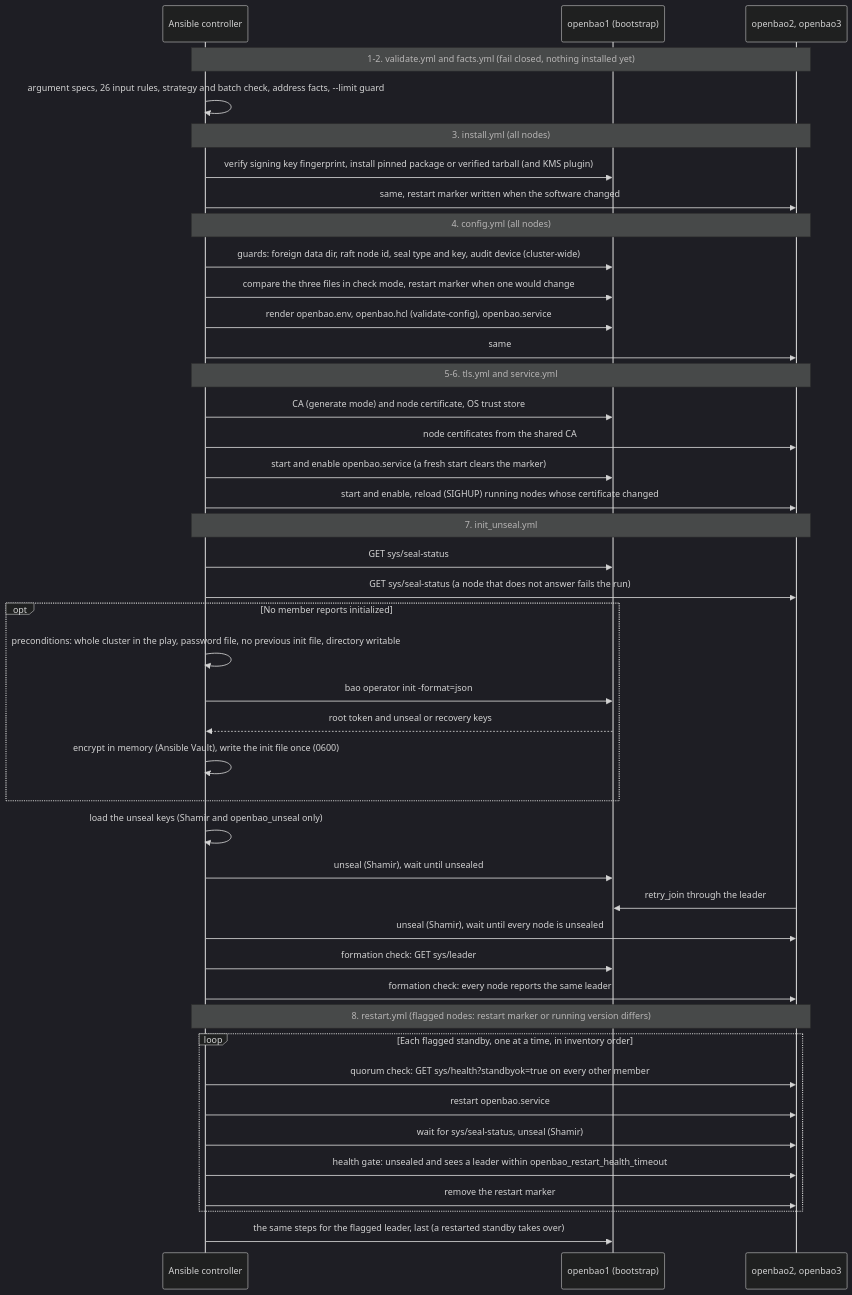
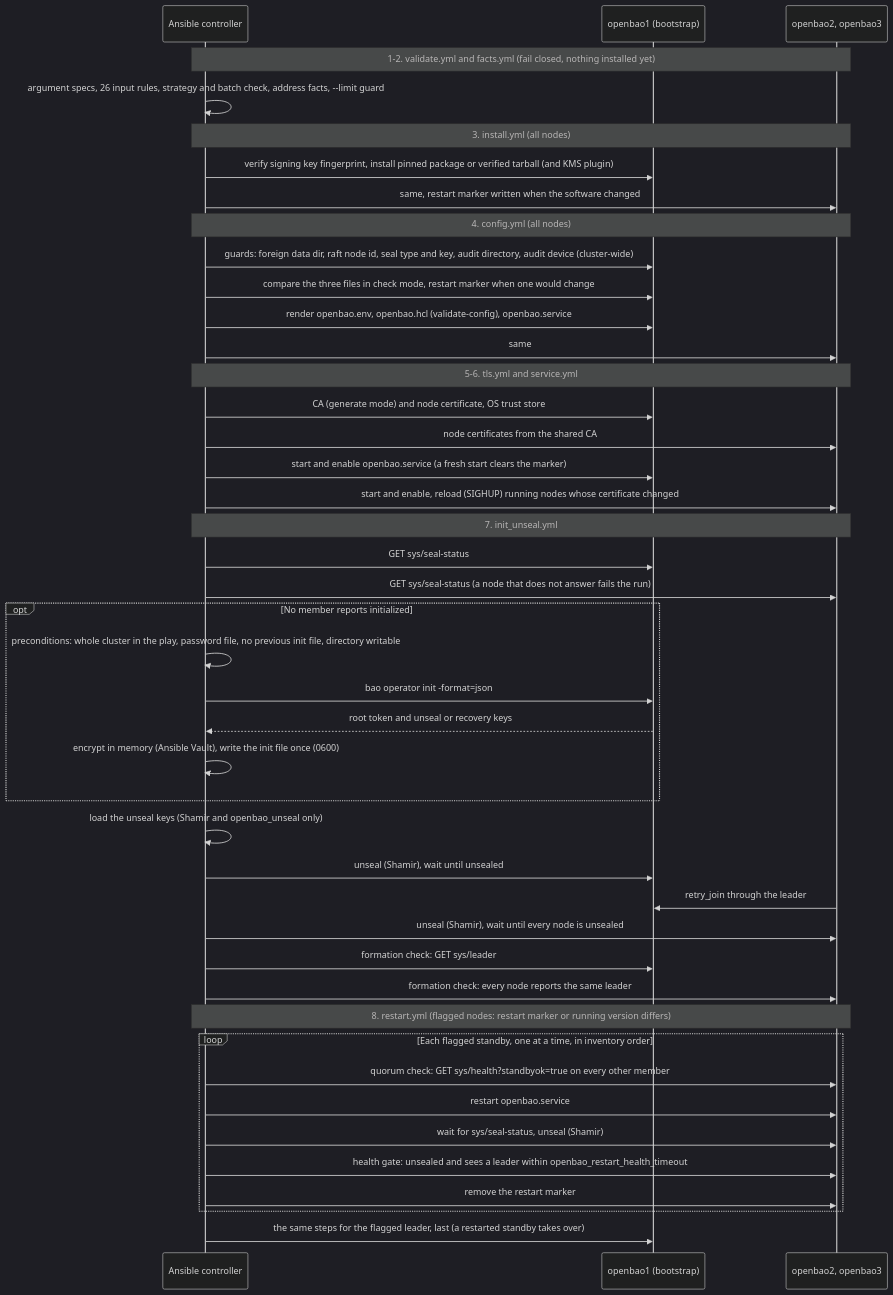
The second of 2 diagrams in docs/ARCHITECTURE.md (devopsgroupeu/ansible-role-openbao), drawn with Mermaid (dark theme) before and after one commit. The commit also changed other lines of this file and 3 other files, not shown here.

First line of the commit message:
docs: document one cluster per play and the audit directory guard

````diff
--- a/docs/ARCHITECTURE.md
+++ b/docs/ARCHITECTURE.md
@@ -96,51 +97,51 @@
 ```mermaid
 sequenceDiagram
     participant C as Ansible controller
     participant B as openbao1 (bootstrap)
     participant O as openbao2, openbao3
 
     Note over C,O: 1-2. validate.yml and facts.yml (fail closed, nothing installed yet)
     C->>C: argument specs, 26 input rules, strategy and batch check, address facts, --limit guard
 
     Note over C,O: 3. install.yml (all nodes)
     C->>B: verify signing key fingerprint, install pinned package or verified tarball (and KMS plugin)
     C->>O: same, restart marker written when the software changed
 
     Note over C,O: 4. config.yml (all nodes)
-    C->>B: guards: foreign data dir, raft node id, seal type and key, audit device (cluster-wide)
+    C->>B: guards: foreign data dir, raft node id, seal type and key, audit directory, audit device (cluster-wide)
     C->>B: compare the three files in check mode, restart marker when one would change
     C->>B: render openbao.env, openbao.hcl (validate-config), openbao.service
     C->>O: same
 
     Note over C,O: 5-6. tls.yml and service.yml
     C->>B: CA (generate mode) and node certificate, OS trust store
     C->>O: node certificates from the shared CA
     C->>B: start and enable openbao.service (a fresh start clears the marker)
     C->>O: start and enable, reload (SIGHUP) running nodes whose certificate changed
 
     Note over C,O: 7. init_unseal.yml
     C->>B: GET sys/seal-status
     C->>O: GET sys/seal-status (a node that does not answer fails the run)
     opt No member reports initialized
         C->>C: preconditions: whole cluster in the play, password file, no previous init file, directory writable
         C->>B: bao operator init -format=json
         B-->>C: root token and unseal or recovery keys
         C->>C: encrypt in memory (Ansible Vault), write the init file once (0600)
     end
     C->>C: load the unseal keys (Shamir and openbao_unseal only)
     C->>B: unseal (Shamir), wait until unsealed
     O->>B: retry_join through the leader
     C->>O: unseal (Shamir), wait until every node is unsealed
     C->>B: formation check: GET sys/leader
     C->>O: formation check: every node reports the same leader
 
     Note over C,O: 8. restart.yml (flagged nodes: restart marker or running version differs)
     loop Each flagged standby, one at a time, in inventory order
         C->>O: quorum check: GET sys/health?standbyok=true on every other member
         C->>O: restart openbao.service
         C->>O: wait for sys/seal-status, unseal (Shamir)
         C->>O: health gate: unsealed and sees a leader within openbao_restart_health_timeout
         C->>O: remove the restart marker
     end
     C->>B: the same steps for the flagged leader, last (a restarted standby takes over)
 ```
````
